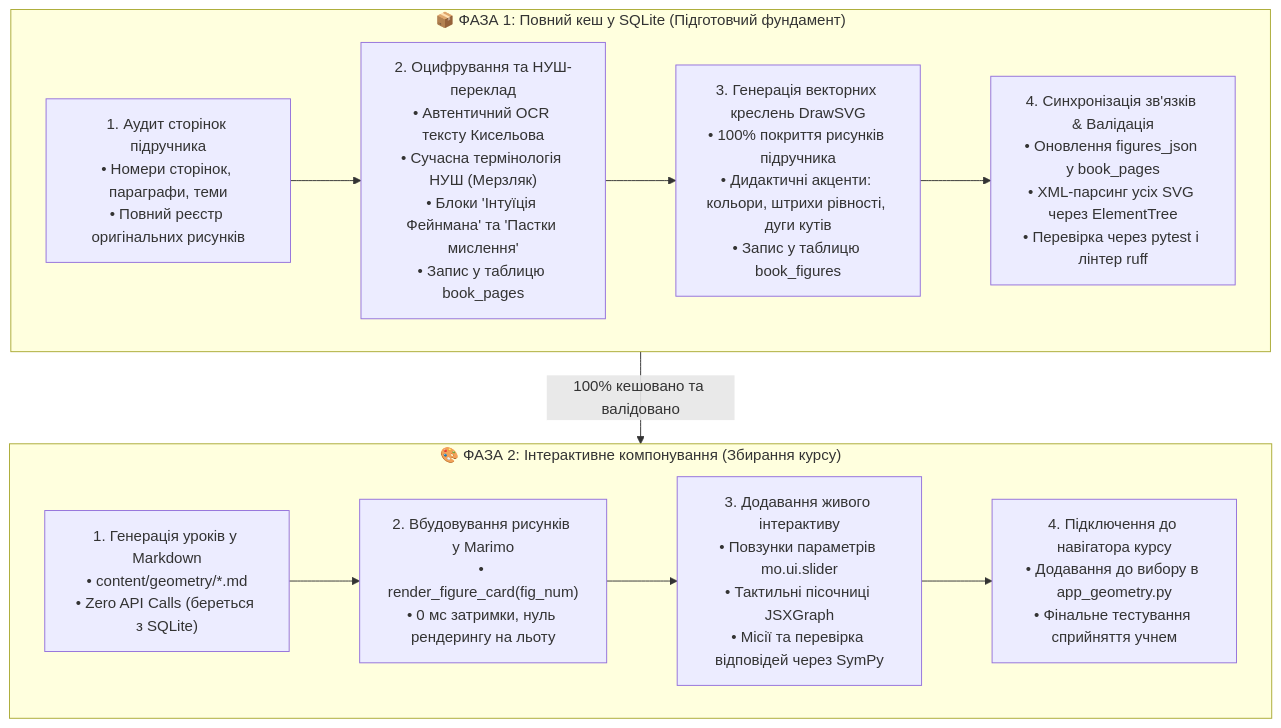
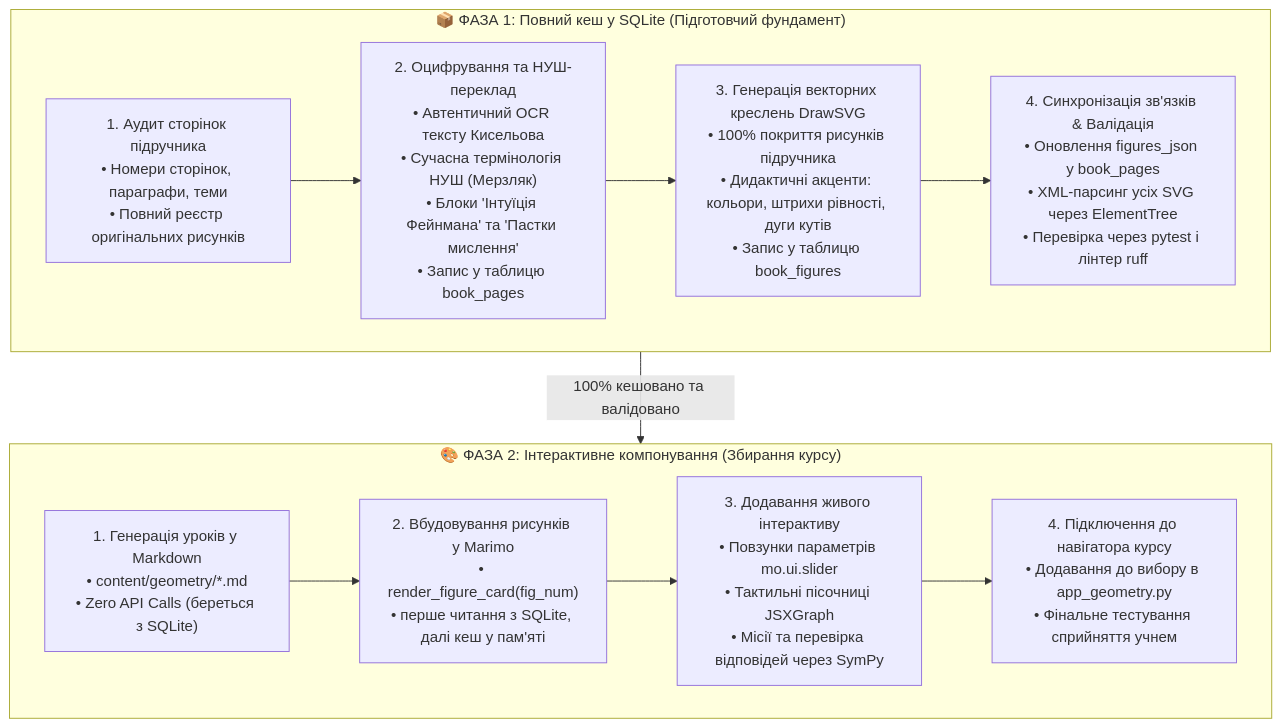
One commit to radchr/Algebra changed the third of 3 diagrams in ARCHITECTURE_DIGITAL_GEOMETRY.md. Above: the diagram before and after it, drawn with Mermaid. The commit also changed other lines of this file and 19 other files, not shown here.

````diff
--- a/ARCHITECTURE_DIGITAL_GEOMETRY.md
+++ b/ARCHITECTURE_DIGITAL_GEOMETRY.md
@@ -407,18 +410,18 @@
 ```mermaid
 flowchart TD
     subgraph Phase1["📦 ФАЗА 1: Повний кеш у SQLite (Підготовчий фундамент)"]
         A1["1. Аудит сторінок підручника<br>• Номери сторінок, параграфи, теми<br>• Повний реєстр оригінальних рисунків"] --> A2
         A2["2. Оцифрування та НУШ-переклад<br>• Автентичний OCR тексту Кисельова<br>• Сучасна термінологія НУШ (Мерзляк)<br>• Блоки 'Інтуїція Фейнмана' та 'Пастки мислення'<br>• Запис у таблицю book_pages"] --> A3
         A3["3. Генерація векторних креслень DrawSVG<br>• 100% покриття рисунків підручника<br>• Дидактичні акценти: кольори, штрихи рівності, дуги кутів<br>• Запис у таблицю book_figures"] --> A4
         A4["4. Синхронізація зв'язків & Валідація<br>• Оновлення figures_json у book_pages<br>• XML-парсинг усіх SVG через ElementTree<br>• Перевірка через pytest і лінтер ruff"]
     end
 
     subgraph Phase2["🎨 ФАЗА 2: Інтерактивне компонування (Збирання курсу)"]
         B1["1. Генерація уроків у Markdown<br>• content/geometry/*.md<br>• Zero API Calls (береться з SQLite)"] --> B2
-        B2["2. Вбудовування рисунків у Marimo<br>• render_figure_card(fig_num)<br>• 0 мс затримки, нуль рендерингу на льоту"] --> B3
+        B2["2. Вбудовування рисунків у Marimo<br>• render_figure_card(fig_num)<br>• перше читання з SQLite, далі кеш у пам'яті"] --> B3
         B3["3. Додавання живого інтерактиву<br>• Повзунки параметрів mo.ui.slider<br>• Тактильні пісочниці JSXGraph<br>• Місії та перевірка відповідей через SymPy"] --> B4
         B4["4. Підключення до навігатора курсу<br>• Додавання до вибору в app_geometry.py<br>• Фінальне тестування сприйняття учнем"]
     end
 
     Phase1 -->|100% кешовано та валідовано| Phase2
 ```
````
